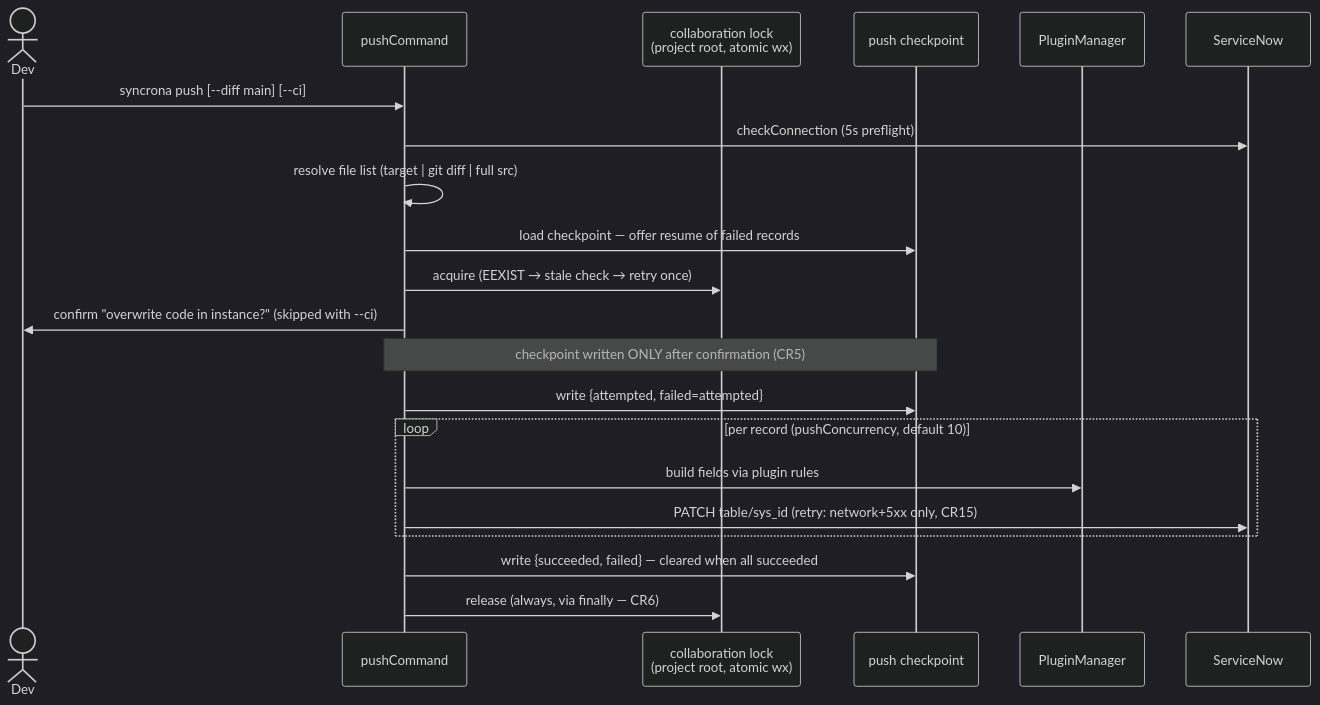
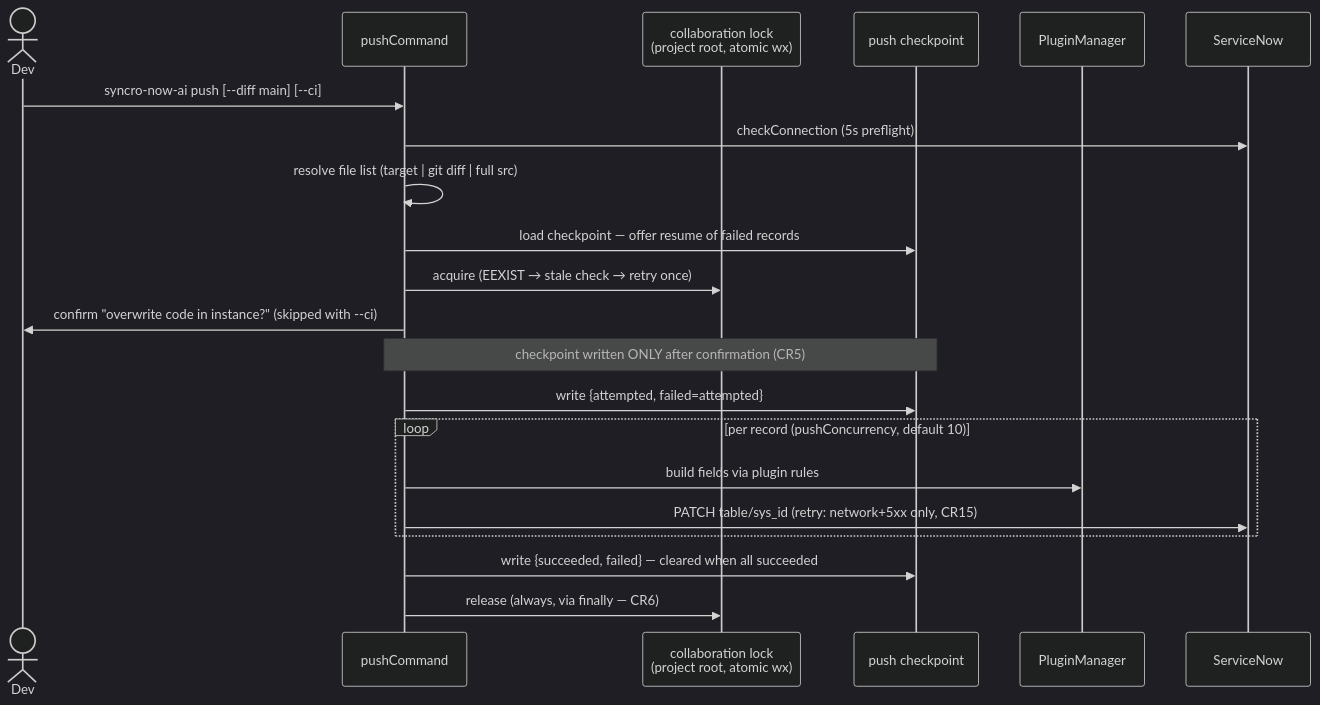
Before and after one commit to IvanBBaev/syncrona: the second of 6 diagrams in docs/ARCHITECTURE.md, drawn with Mermaid (dark theme). The commit also changed other lines of this file and 89 other files, not shown here.

First line of the commit message:
chore(brand): rename npm scope @syncrona to @syncro-now-ai (BA6)

````diff
--- a/docs/ARCHITECTURE.md
+++ b/docs/ARCHITECTURE.md
@@ -78,24 +78,24 @@
 ```mermaid
 sequenceDiagram
     actor Dev
     participant CLI as pushCommand
     participant Lock as collaboration lock<br/>(project root, atomic wx)
     participant CP as push checkpoint
     participant Build as PluginManager
     participant SN as ServiceNow
 
-    Dev->>CLI: syncrona push [--diff main] [--ci]
+    Dev->>CLI: syncro-now-ai push [--diff main] [--ci]
     CLI->>SN: checkConnection (5s preflight)
     CLI->>CLI: resolve file list (target | git diff | full src)
     CLI->>CP: load checkpoint — offer resume of failed records
     CLI->>Lock: acquire (EEXIST → stale check → retry once)
     CLI->>Dev: confirm "overwrite code in instance?" (skipped with --ci)
     Note over CLI,CP: checkpoint written ONLY after confirmation (CR5)
     CLI->>CP: write {attempted, failed=attempted}
     loop per record (pushConcurrency, default 10)
         CLI->>Build: build fields via plugin rules
         CLI->>SN: PATCH table/sys_id (retry: network+5xx only, CR15)
     end
     CLI->>CP: write {succeeded, failed} — cleared when all succeeded
     CLI->>Lock: release (always, via finally — CR6)
 ```
````
